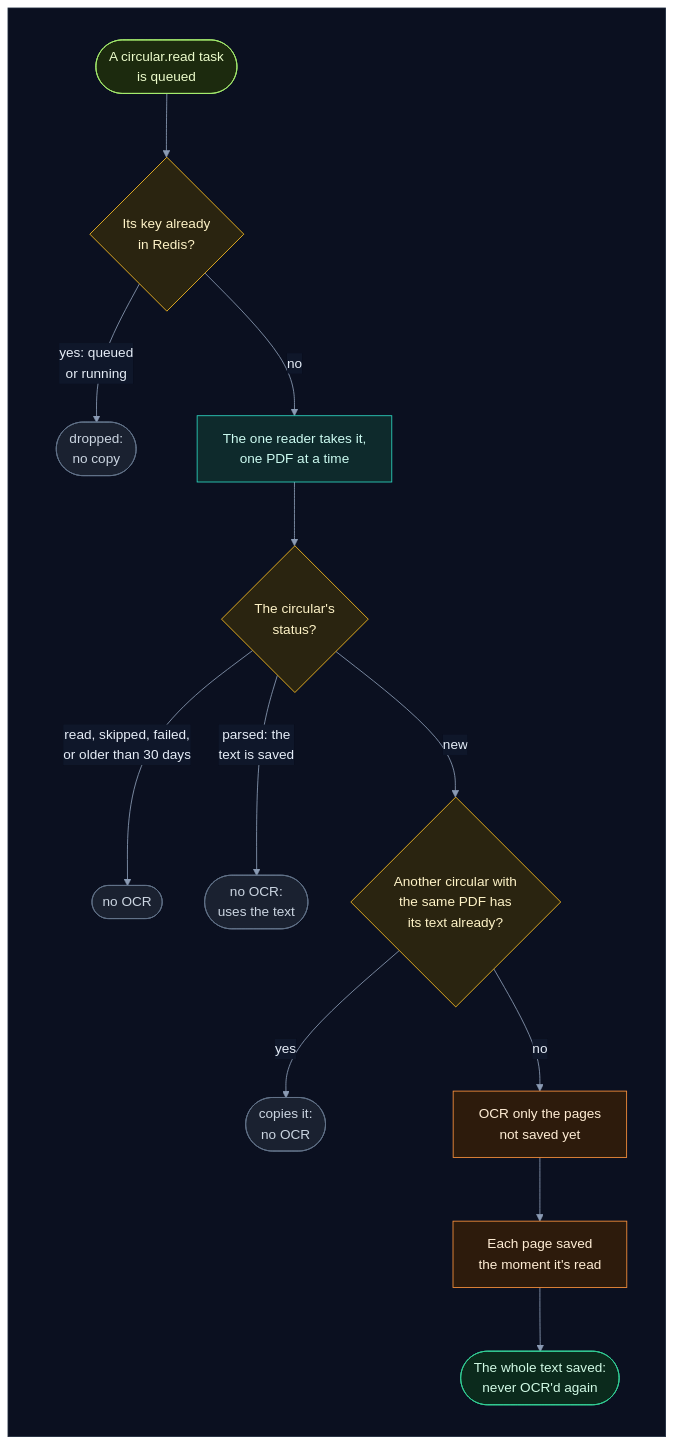
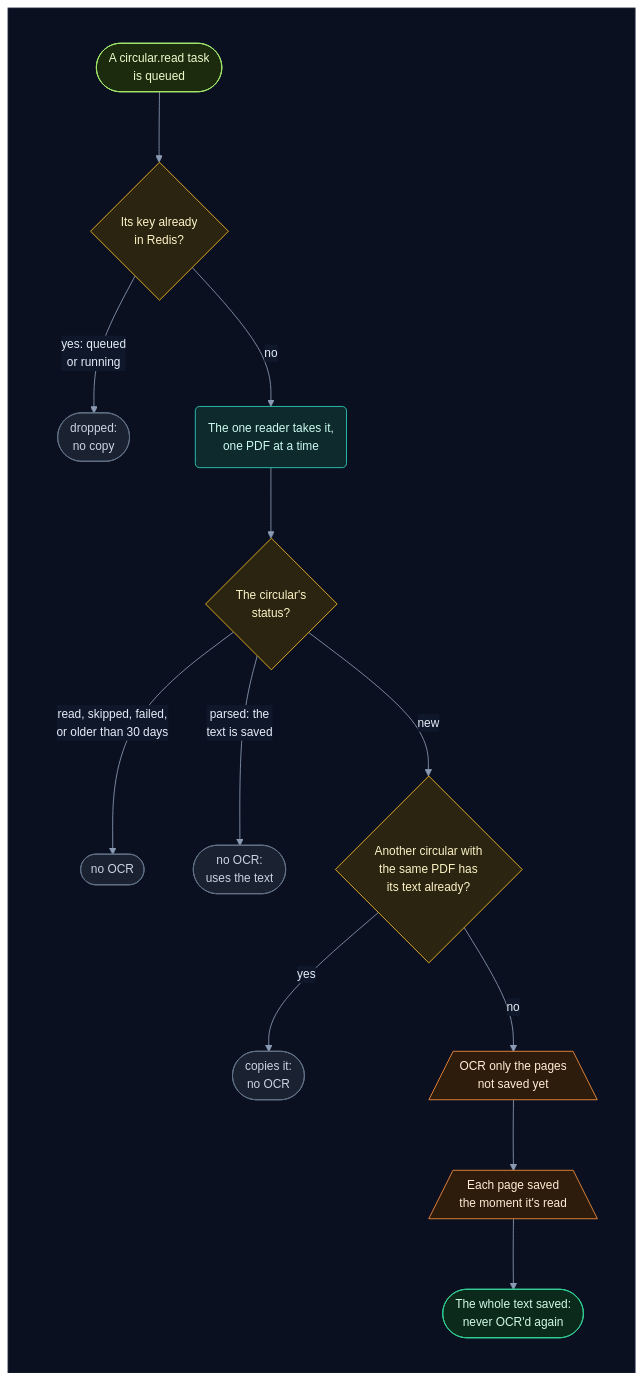
Diagram 19 of 21 in how_the_worker_works.md (selvakumarperumal/Regulatory_Circular_Impact_Agent), drawn with Mermaid before and after one commit. The commit also changed other lines of this file and 5 other files, not shown here.

Commit message:
Give the docs' flowcharts a shape per kind of part, more room and slightly smaller text

````diff
--- a/how_the_worker_works.md
+++ b/how_the_worker_works.md
@@ -1136,35 +1136,35 @@
 ```mermaid
-%%{init: {"theme": "base", "flowchart": {"diagramPadding": 0}, "themeVariables": {"darkMode": true, "primaryColor": "#16213a", "primaryTextColor": "#e6edf7", "primaryBorderColor": "#475a7a", "lineColor": "#8b9bb4", "secondaryColor": "#1b2436", "tertiaryColor": "#101a2e", "edgeLabelBackground": "#0f172a", "textColor": "#e2e8f0", "clusterBkg": "#0f1728", "clusterBorder": "#2b3a55", "titleColor": "#c4b5fd", "nodeTextColor": "#e6edf7"}}}%%
+%%{init: {"theme": "base", "flowchart": {"diagramPadding": 0, "nodeSpacing": 58, "rankSpacing": 58, "curve": "basis"}, "themeVariables": {"fontSize": "14px", "darkMode": true, "primaryColor": "#16213a", "primaryTextColor": "#e6edf7", "primaryBorderColor": "#475a7a", "lineColor": "#8b9bb4", "secondaryColor": "#1b2436", "tertiaryColor": "#101a2e", "edgeLabelBackground": "#0f172a", "textColor": "#e2e8f0", "clusterBkg": "#0f1728", "clusterBorder": "#2b3a55", "titleColor": "#c4b5fd", "nodeTextColor": "#e6edf7"}}}%%
 flowchart TD
     subgraph canvas[" "]
         direction TB
         e(["A circular.read task<br/>is queued"]) --> k{"Its key already<br/>in Redis?"}
         k -->|"yes: queued<br/>or running"| d1(["dropped:<br/>no copy"])
-        k -->|"no"| one["The one reader takes it,<br/>one PDF at a time"]
+        k -->|"no"| one("The one reader takes it,<br/>one PDF at a time")
         one --> st{"The circular's<br/>status?"}
         st -->|"read, skipped, failed,<br/>or older than 30 days"| d2(["no OCR"])
         st -->|"parsed: the<br/>text is saved"| d3(["no OCR:<br/>uses the text"])
         st -->|"new"| tw{"Another circular with<br/>the same PDF has<br/>its text already?"}
         tw -->|"yes"| d4(["copies it:<br/>no OCR"])
-        tw -->|"no"| pg["OCR only the pages<br/>not saved yet"]
-        pg --> sv["Each page saved<br/>the moment it's read"]
+        tw -->|"no"| pg[/"OCR only the pages<br/>not saved yet"\]
+        pg --> sv[/"Each page saved<br/>the moment it's read"\]
         sv --> done(["The whole text saved:<br/>never OCR'd again"])
     end
     classDef svc fill:#0e2a2c,stroke:#2dd4bf,color:#ccfbf1
     classDef data fill:#1c1a47,stroke:#818cf8,color:#e0e7ff
     classDef ext fill:#2a1640,stroke:#c084fc,color:#f3e8ff
     classDef gpu fill:#2d1b0c,stroke:#fb923c,color:#ffedd5
     classDef ask fill:#2a2410,stroke:#fbbf24,color:#fef3c7
     classDef ok fill:#0b2a1c,stroke:#34d399,color:#d1fae5
     classDef bad fill:#2e0f17,stroke:#fb7185,color:#ffe4e6
     classDef start fill:#1c2a0e,stroke:#a7ef6f,color:#ecfccb
     classDef muted fill:#1a2130,stroke:#64748b,color:#cbd5e1
     classDef queue fill:#0c2231,stroke:#38bdf8,color:#e0f2fe
     class e start
     class k,st,tw ask
     class one svc
     class pg,sv gpu
     class d1,d2,d3,d4 muted
     class done ok
     style canvas fill:#0b1020,stroke:#1e293b,color:#0b1020
 ```
````
